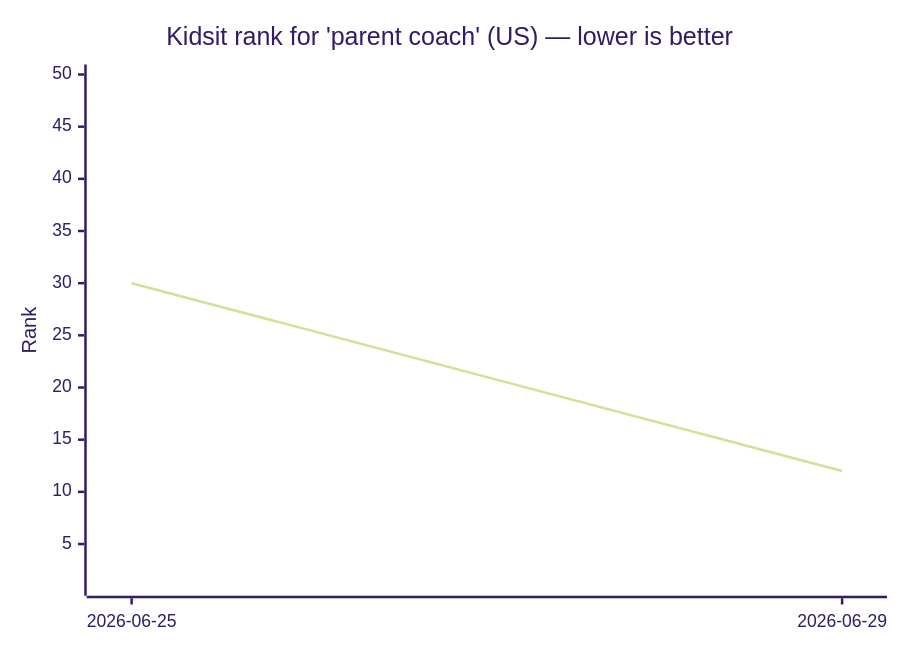
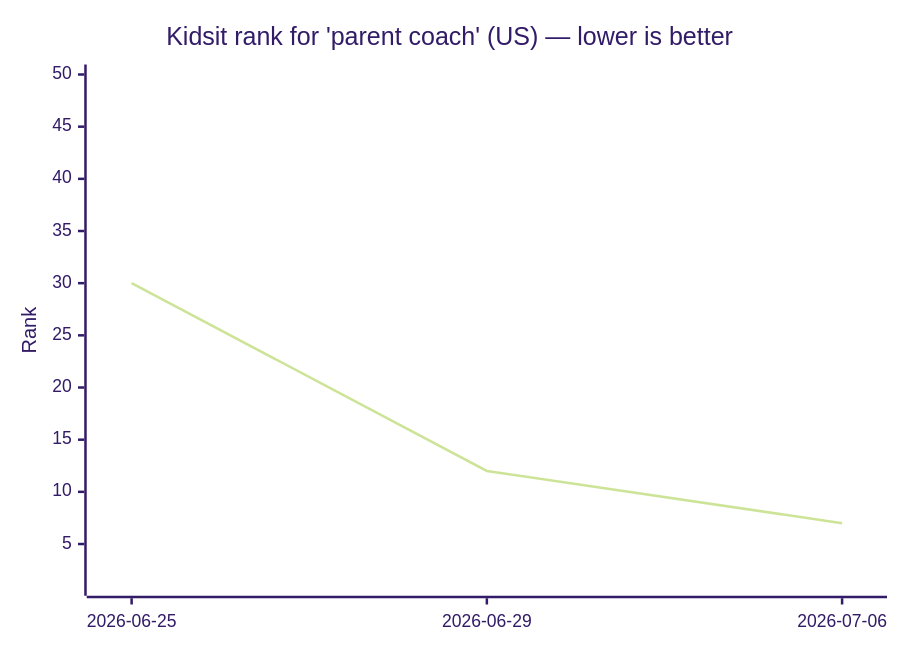
One commit to omer72/aso-tool changed the diagram in scout-log.md. Above: the diagram before and after it, drawn with Mermaid (forest theme). The commit also changed other lines of this file, not shown here.

````diff
--- a/scout-log.md
+++ b/scout-log.md
@@ -8,7 +8,7 @@
 ```mermaid
 xychart-beta
     title "Kidsit rank for 'parent coach' (US) — lower is better"
-    x-axis ["2026-06-25", "2026-06-29"]
+    x-axis ["2026-06-25", "2026-06-29", "2026-07-06"]
     y-axis "Rank" 1 --> 50
-    line [30, 12]
+    line [30, 12, 7]
 ```
````
